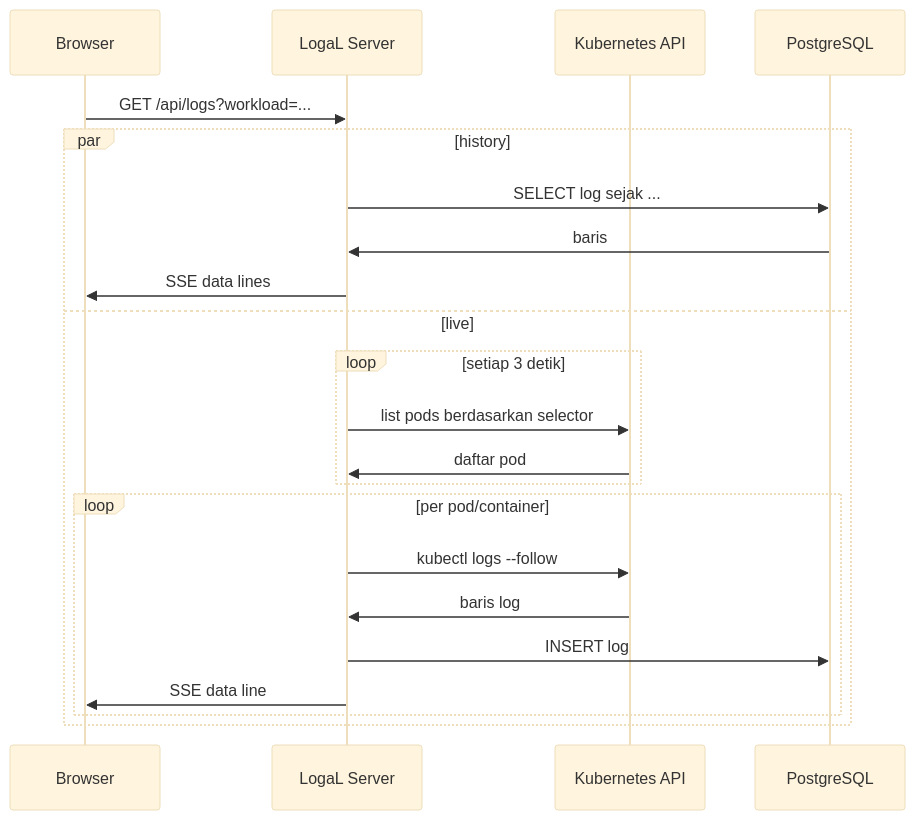
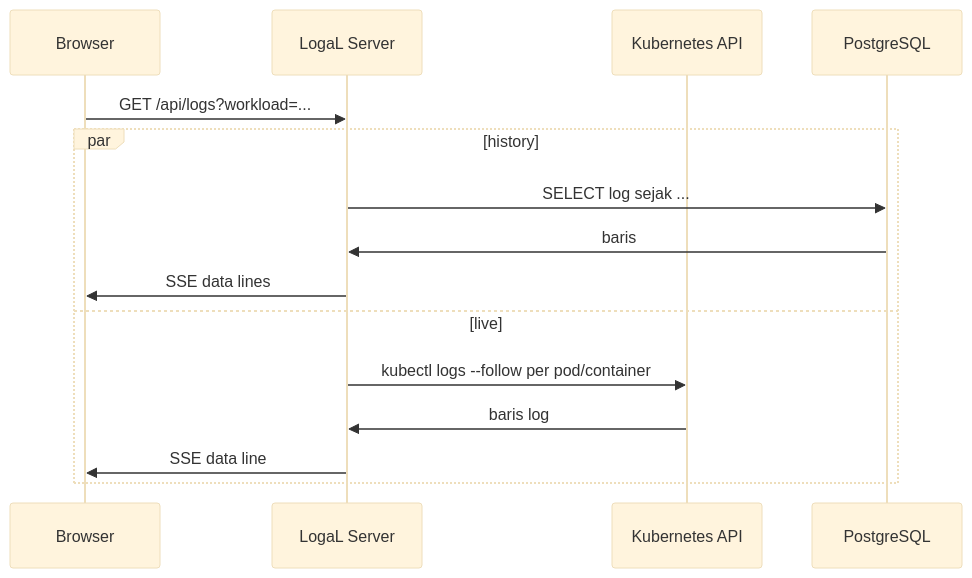
Before and after one commit to mtommyp14/LogaL: the ninth of 10 diagrams in README.md, drawn with Mermaid (base theme). The commit also changed other lines of this file and 1 other file, not shown here.

Commit message:
docs: update README and deployment for new auto-collect architecture

````diff
--- a/README.md
+++ b/README.md
@@ -363,25 +479,18 @@
 ```mermaid
 sequenceDiagram
     participant U as Browser
     participant L as LogaL Server
     participant K as Kubernetes API
     participant D as PostgreSQL
 
     U->>L: GET /api/logs?workload=...
     par history
         L->>D: SELECT log sejak ...
         D->>L: baris
         L->>U: SSE data lines
     and live
-        loop setiap 3 detik
-            L->>K: list pods berdasarkan selector
-            K->>L: daftar pod
-        end
-        loop per pod/container
-            L->>K: kubectl logs --follow
-            K->>L: baris log
-            L->>D: INSERT log
-            L->>U: SSE data line
-        end
+        L->>K: kubectl logs --follow per pod/container
+        K->>L: baris log
+        L->>U: SSE data line
     end
 ```
````
